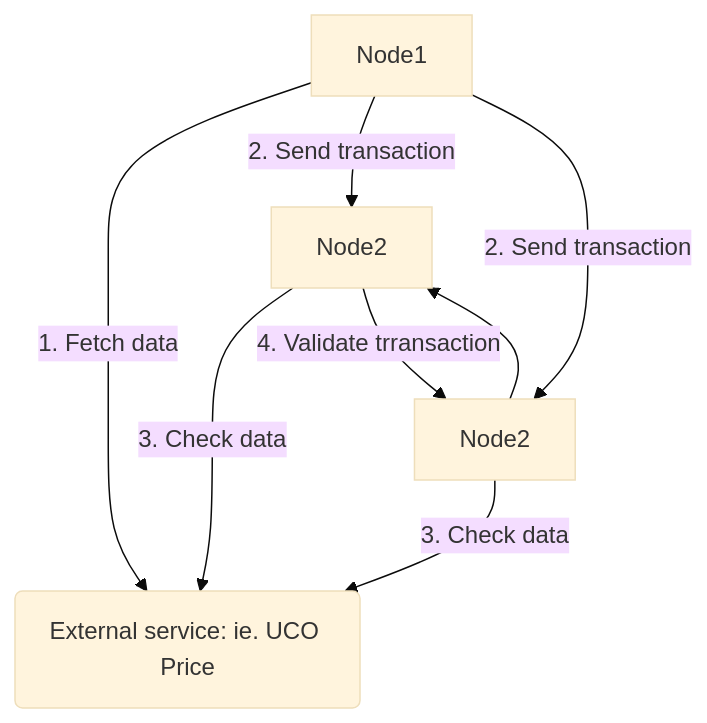
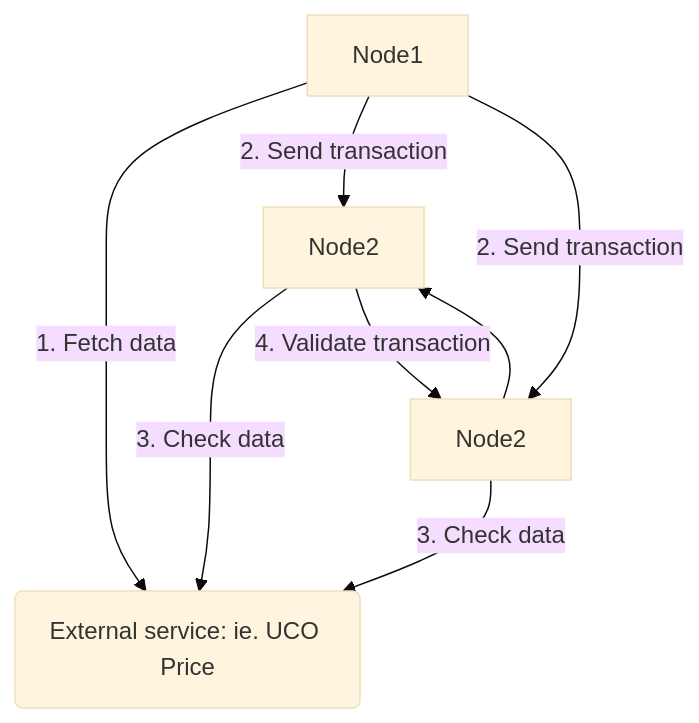
One commit to archethic-foundation/archethic-docs changed the diagram in docs/learn/oracle-chain.md. Above: the diagram before and after it, drawn with Mermaid (base theme). The commit also changed other lines of this file and 14 other files, not shown here.

````diff
--- a/docs/learn/oracle-chain.md
+++ b/docs/learn/oracle-chain.md
@@ -21,11 +21,11 @@
 ```mermaid
 graph TD
   A[Node1] -->|1. Fetch data| B
   B(External service: ie. UCO Price)
   A --> | 2. Send transaction| C
   A --> | 2. Send transaction| D
   C[Node2] --> | 3. Check data | B 
   D[Node3] --> | 3. Check data |B
-  C[Node2] --> | 4. Validate trransaction | D 
+  C[Node2] --> | 4. Validate transaction | D 
   D[Node2] --> C
 ```
````
